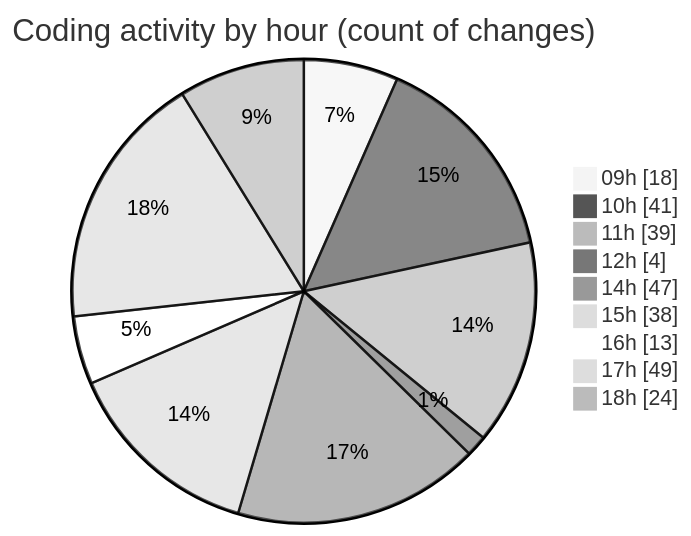
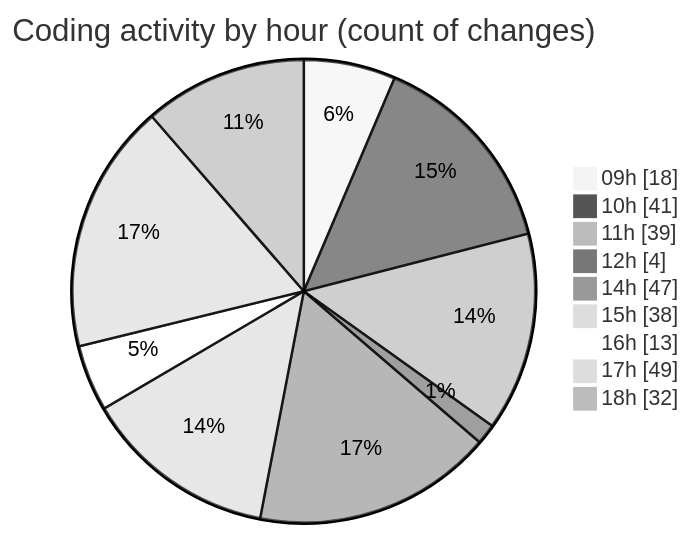
The second of 2 diagrams in 2025-02-11/cda/README.md (momahboobian/code-tracking), drawn with Mermaid (neutral theme) before and after one commit. The commit also changed other lines of this file and 1 other file, not shown here.

````diff
--- a/2025-02-11/cda/README.md
+++ b/2025-02-11/cda/README.md
@@ -34,13 +34,13 @@
 ```mermaid
 pie showData
 title Coding activity by hour (count of changes)
 "09h" : 18
 "10h" : 41
 "11h" : 39
 "12h" : 4
 "14h" : 47
 "15h" : 38
 "16h" : 13
 "17h" : 49
-"18h" : 24
+"18h" : 32
 ```
````
